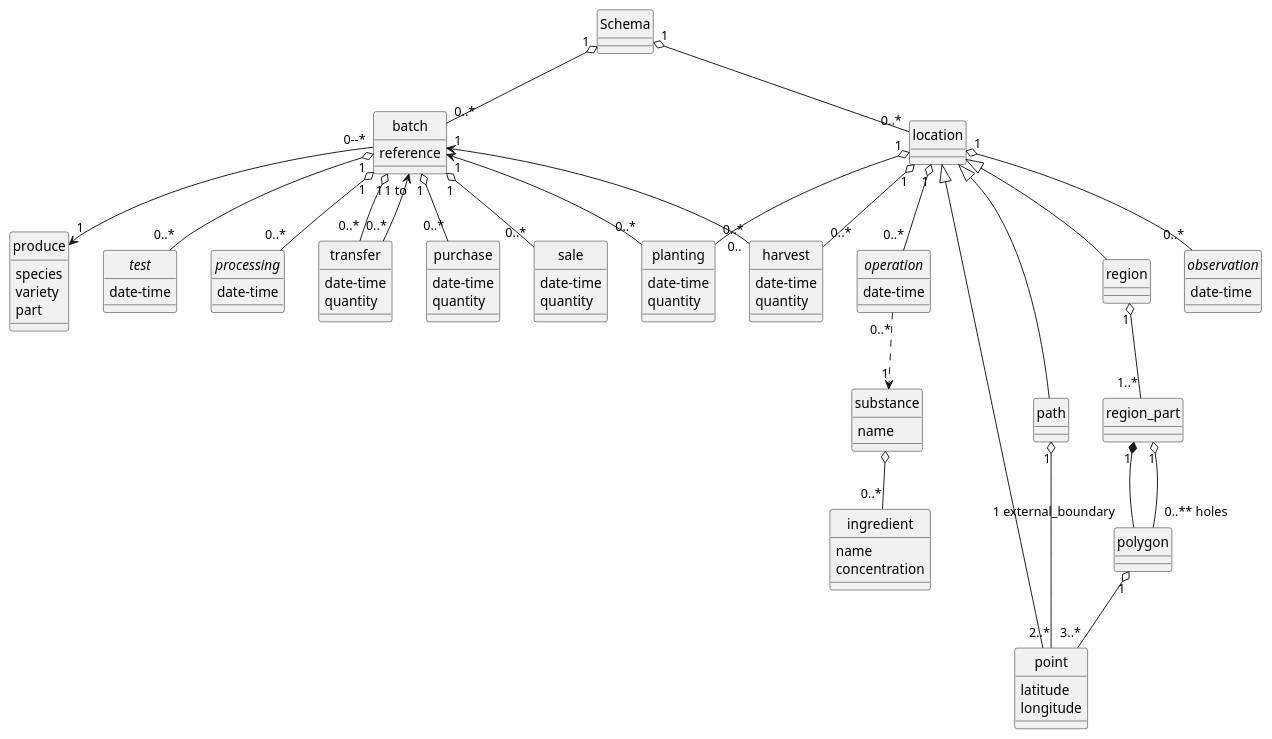
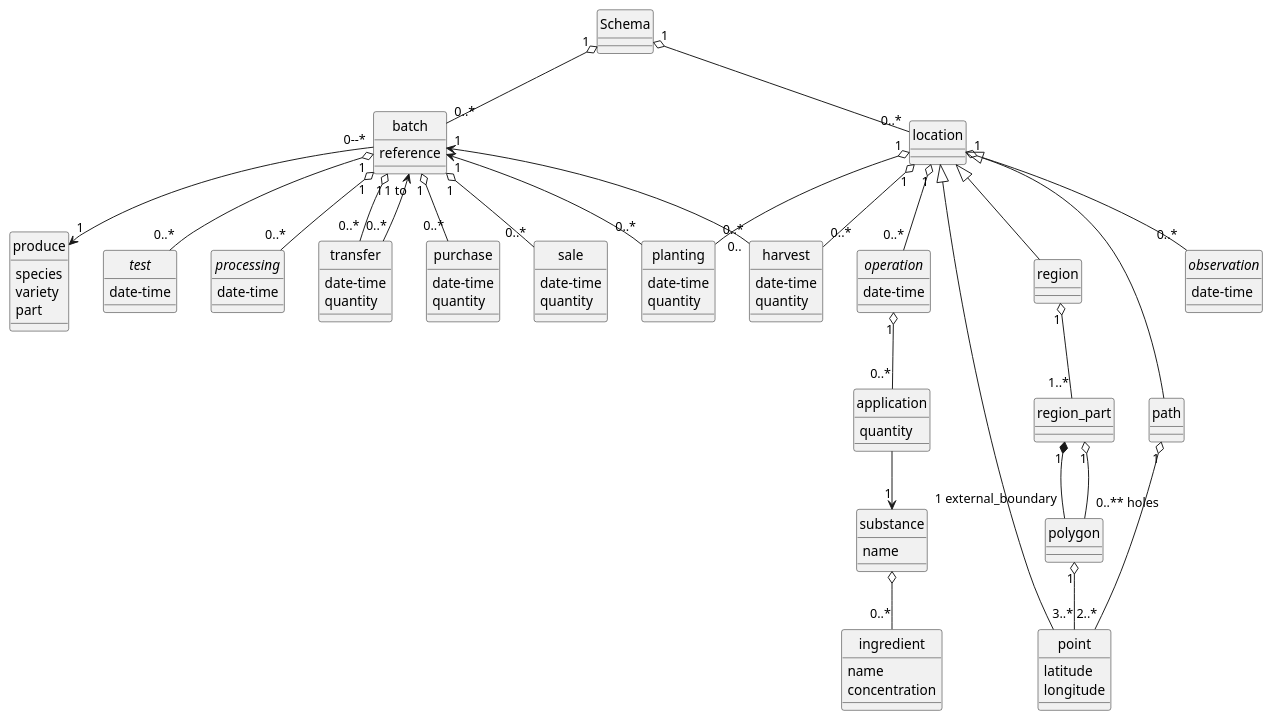
The diagram in Schema/schema.puml (Charles1625/crop-production-ontology), drawn with PlantUML before and after one commit. The commit also changed other lines of this file and 10 other files, not shown here.

```diff
--- a/Schema/schema.puml
+++ b/Schema/schema.puml
@@ -1,108 +1,113 @@
 @startuml
 'startuml
 hide circle
 
 class Schema
 
 class harvest {
 date-time
 quantity
 }
 location "1" o-- "0..*" harvest
 batch "1" <-- "0.." harvest
 
 class planting {
 date-time
 quantity
 }
 location "1" o-- "0..*" planting
 batch "1" <-- "0..*" planting
 
 class location
 Schema "1" o-- "0..*" location
 
 class point {
 latitude
 longitude
 }
 
 location <|-- point
 
 class path
 path "1" o-- "2..*" point
 location <|-- path
 
 
 class polygon
 polygon "1" o-- "3..*" point
 
 class region
 location <|-- region
 
 class region_part
 region "1" o-- "1..*" region_part
 region_part "1" *-- "1 external_boundary" polygon
 region_part "1" o-- "0..** holes" polygon
 
 class transfer {
 date-time
 quantity
 }
 batch "1" o-- "0..*" transfer
 batch "1 to" <-- "0..*" transfer
 
 class purchase {
 date-time
 quantity
 }
 batch "1" o-- "0..*" purchase
 
 class sale {
 date-time
 quantity
 }
 batch "1" o-- "0..*" sale
 
 class batch {
 reference
 }
 Schema "1" o-- "0..*" batch
 
 class produce {
 species
 variety
 part
 }
 batch "0--*" --> "1" produce
 
 abstract observation {
 date-time
 }
 location "1" o-- "0..*" observation
 
 abstract operation {
 date-time
 }
 location "1" o-- "0..*" operation
+operation "1" o-- "0..*" application
 
 abstract test {
 date-time
 }
 batch "1" o-- "0..*" test
 
 abstract processing {
 date-time
 }
 batch "1" o-- "0..*" processing
 
+class application {
+	quantity
+}
+
 class substance {
 name
 }
-operation "0..*" ..> "1" substance
+application --> "1" substance
 
 class ingredient {
 name
 concentration
 }
 substance o-- "0..*" ingredient
 @enduml
```
